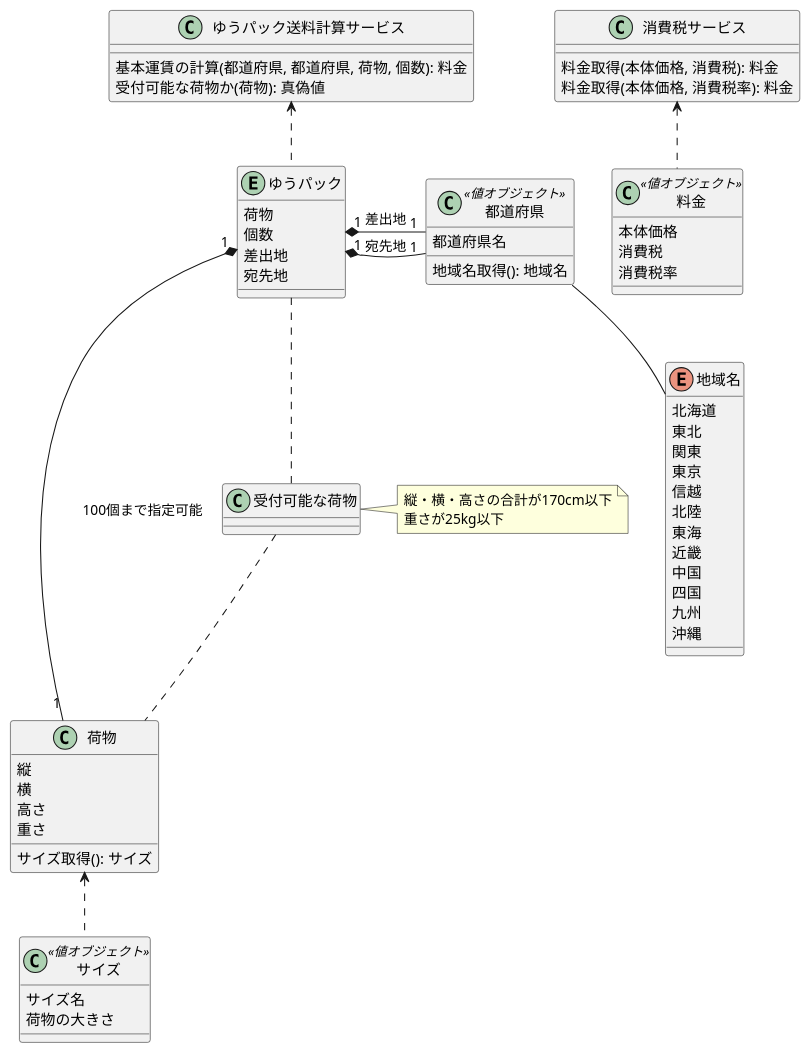
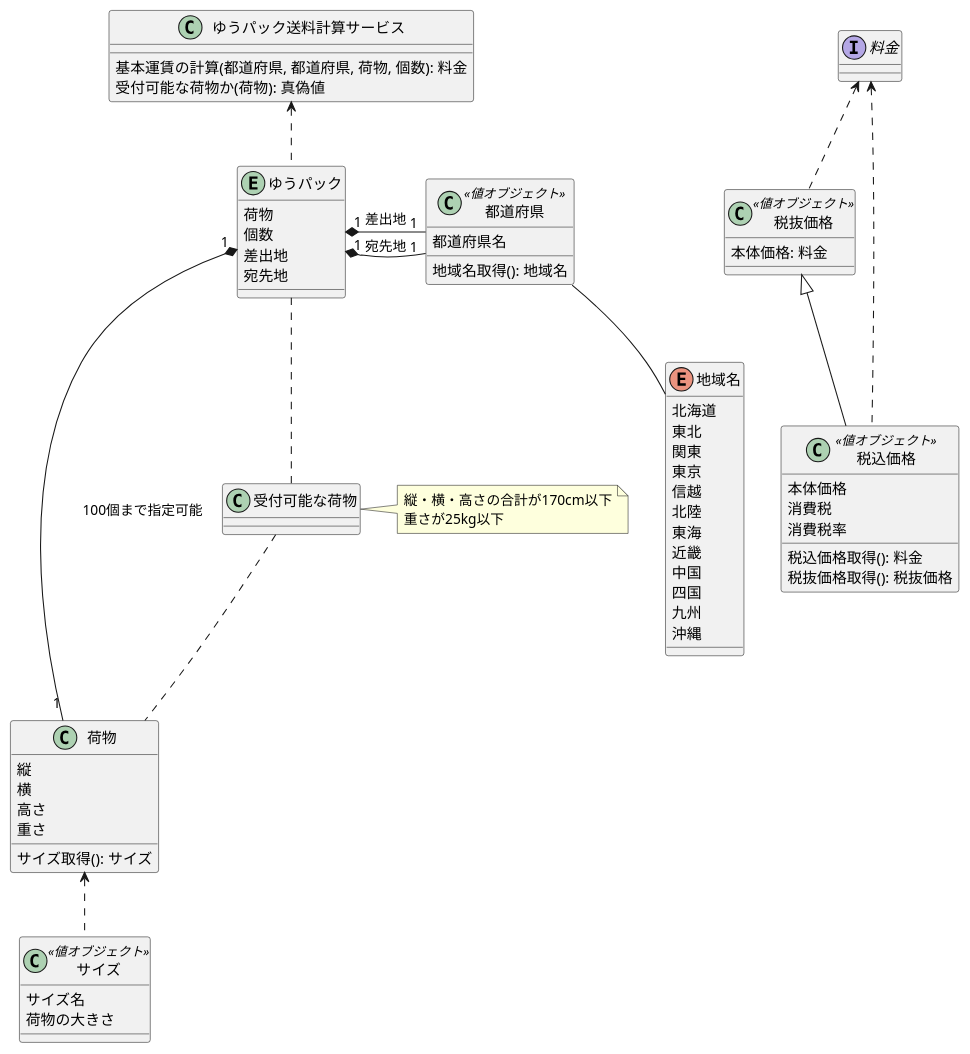
Before and after one commit to K0K1-0928/20230817_traning: the diagram in document/domain-model.pu, drawn with PlantUML.

Commit message:
税込価格を作成

```diff
--- a/document/domain-model.pu
+++ b/document/domain-model.pu
@@ -1,74 +1,79 @@
 @startuml domain-model
 
 entity ゆうパック {
     荷物
     個数
     差出地
     宛先地
 }
 
 class ゆうパック送料計算サービス {
     基本運賃の計算(都道府県, 都道府県, 荷物, 個数): 料金
     受付可能な荷物か(荷物): 真偽値
 }
 
-class 料金 <<値オブジェクト>> {
+interface 料金
+
+class 税抜価格 <<値オブジェクト>> {
+    本体価格: 料金
+}
+
+class 税込価格 <<値オブジェクト>> {
     本体価格
     消費税
     消費税率
-}
-
-class 消費税サービス {
-    料金取得(本体価格, 消費税): 料金
-    料金取得(本体価格, 消費税率): 料金
+    税込価格取得(): 料金
+    税抜価格取得(): 税抜価格
 }
 
 class 荷物 {
     縦
     横
     高さ
     重さ
     サイズ取得(): サイズ
 }
 
 class サイズ <<値オブジェクト>> {
     サイズ名
     荷物の大きさ
 }
 
 class 受付可能な荷物
 
 note "縦・横・高さの合計が170cm以下\n重さが25kg以下" as 荷物仕様
 
 class 都道府県 <<値オブジェクト>> {
     都道府県名
     地域名取得(): 地域名
 }
 
 enum 地域名 {
     北海道
     東北
     関東
     東京
     信越
     北陸
     東海
     近畿
     中国
     四国
     九州
     沖縄
 }
 
 ゆうパック送料計算サービス <.. ゆうパック
 ゆうパック "1" *- "1" 荷物 : 100個まで指定可能
 荷物 <.. サイズ
 ゆうパック .. 受付可能な荷物
 受付可能な荷物 <- 荷物仕様
 受付可能な荷物 .. 荷物
 ゆうパック "1" *- "1" 都道府県 : 差出地
 ゆうパック "1" *- "1" 都道府県 : 宛先地
 都道府県 -- 地域名
-消費税サービス <.. 料金
+料金 <.. 税抜価格
+料金 <.. 税込価格
+税抜価格 <|-- 税込価格
 
 @enduml
```
